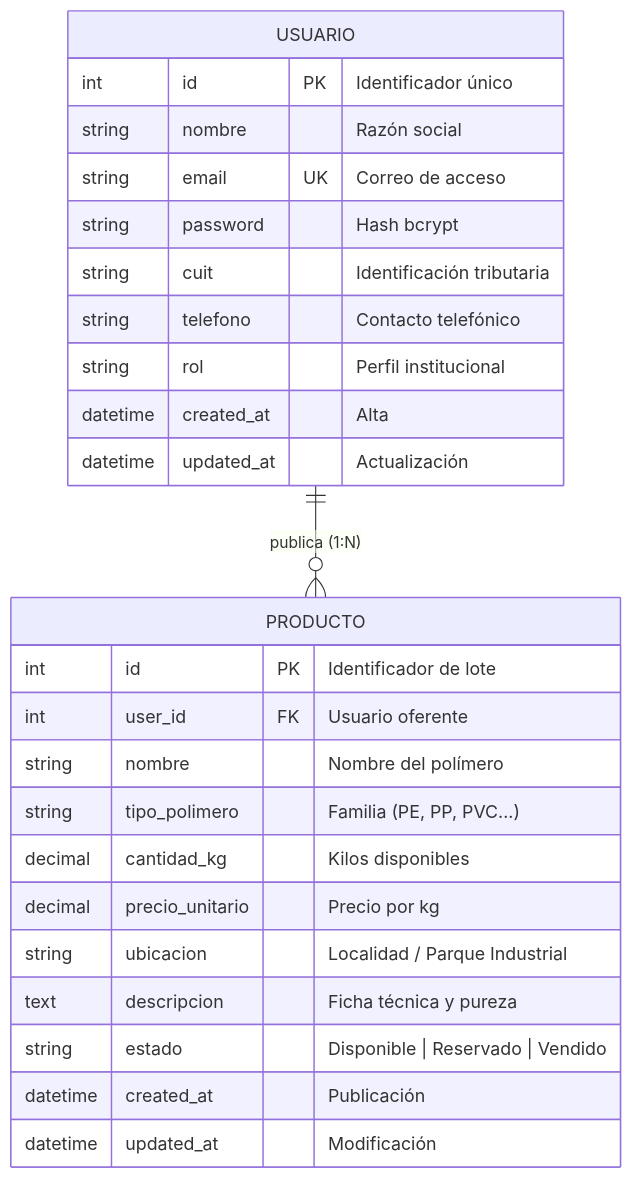
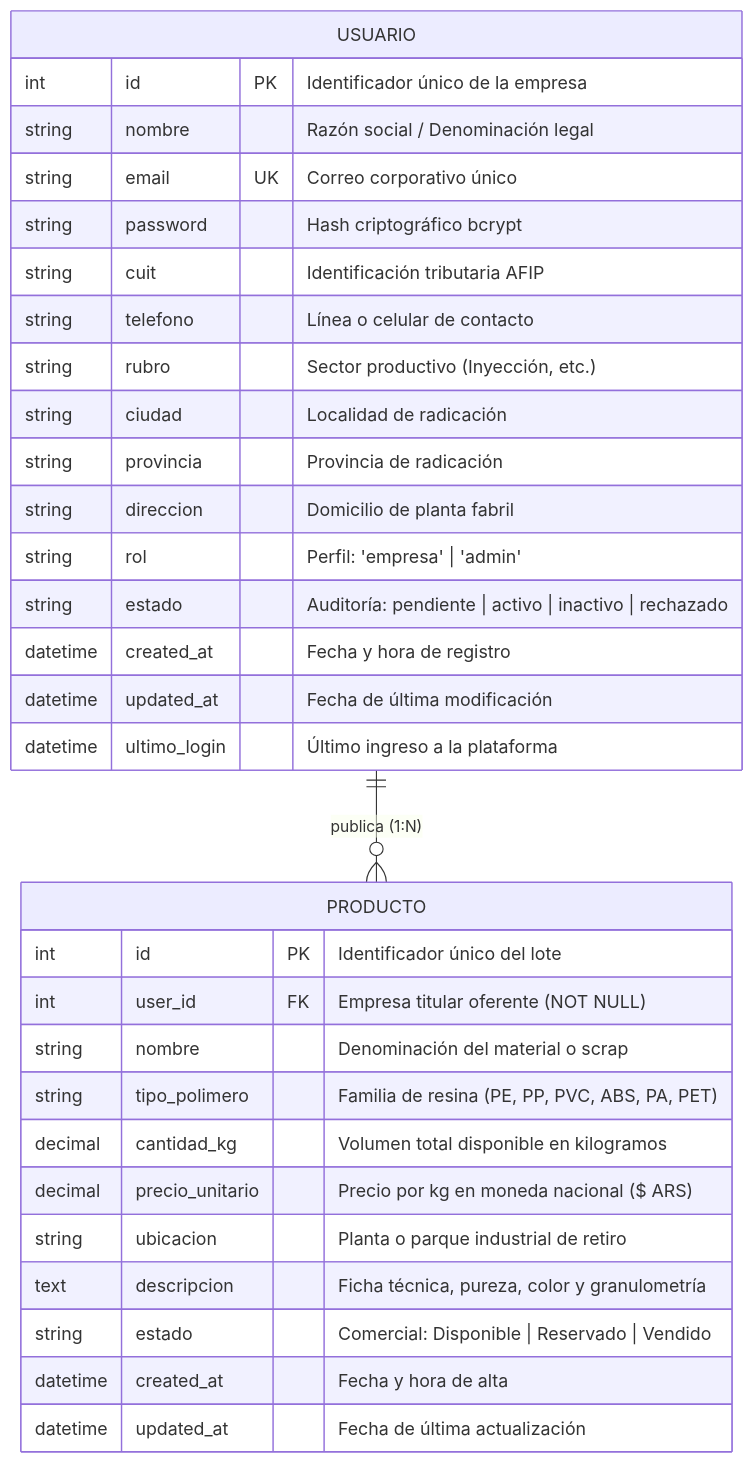
The third of 3 diagrams in docs/DER.md (manurisolo2-blip/MateriaxPro), drawn with Mermaid before and after one commit. The commit also changed other lines of this file and 5 other files, not shown here.

````diff
--- a/docs/DER.md
+++ b/docs/DER.md
@@ -67,30 +153,36 @@
 ```mermaid
 erDiagram
     USUARIO ||--o{ PRODUCTO : "publica (1:N)"
-    
+
     USUARIO {
-        int id PK "Identificador único"
-        string nombre "Razón social"
-        string email UK "Correo de acceso"
-        string password "Hash bcrypt"
-        string cuit "Identificación tributaria"
-        string telefono "Contacto telefónico"
-        string rol "Perfil institucional"
-        datetime created_at "Alta"
-        datetime updated_at "Actualización"
+        int id PK "Identificador único de la empresa"
+        string nombre "Razón social / Denominación legal"
+        string email UK "Correo corporativo único"
+        string password "Hash criptográfico bcrypt"
+        string cuit "Identificación tributaria AFIP"
+        string telefono "Línea o celular de contacto"
+        string rubro "Sector productivo (Inyección, etc.)"
+        string ciudad "Localidad de radicación"
+        string provincia "Provincia de radicación"
+        string direccion "Domicilio de planta fabril"
+        string rol "Perfil: 'empresa' | 'admin'"
+        string estado "Auditoría: pendiente | activo | inactivo | rechazado"
+        datetime created_at "Fecha y hora de registro"
+        datetime updated_at "Fecha de última modificación"
+        datetime ultimo_login "Último ingreso a la plataforma"
     }
 
     PRODUCTO {
-        int id PK "Identificador de lote"
-        int user_id FK "Usuario oferente"
-        string nombre "Nombre del polímero"
-        string tipo_polimero "Familia (PE, PP, PVC...)"
-        decimal cantidad_kg "Kilos disponibles"
-        decimal precio_unitario "Precio por kg"
-        string ubicacion "Localidad / Parque Industrial"
-        text descripcion "Ficha técnica y pureza"
-        string estado "Disponible | Reservado | Vendido"
-        datetime created_at "Publicación"
-        datetime updated_at "Modificación"
+        int id PK "Identificador único del lote"
+        int user_id FK "Empresa titular oferente (NOT NULL)"
+        string nombre "Denominación del material o scrap"
+        string tipo_polimero "Familia de resina (PE, PP, PVC, ABS, PA, PET)"
+        decimal cantidad_kg "Volumen total disponible en kilogramos"
+        decimal precio_unitario "Precio por kg en moneda nacional ($ ARS)"
+        string ubicacion "Planta o parque industrial de retiro"
+        text descripcion "Ficha técnica, pureza, color y granulometría"
+        string estado "Comercial: Disponible | Reservado | Vendido"
+        datetime created_at "Fecha y hora de alta"
+        datetime updated_at "Fecha de última actualización"
     }
 ```
````
